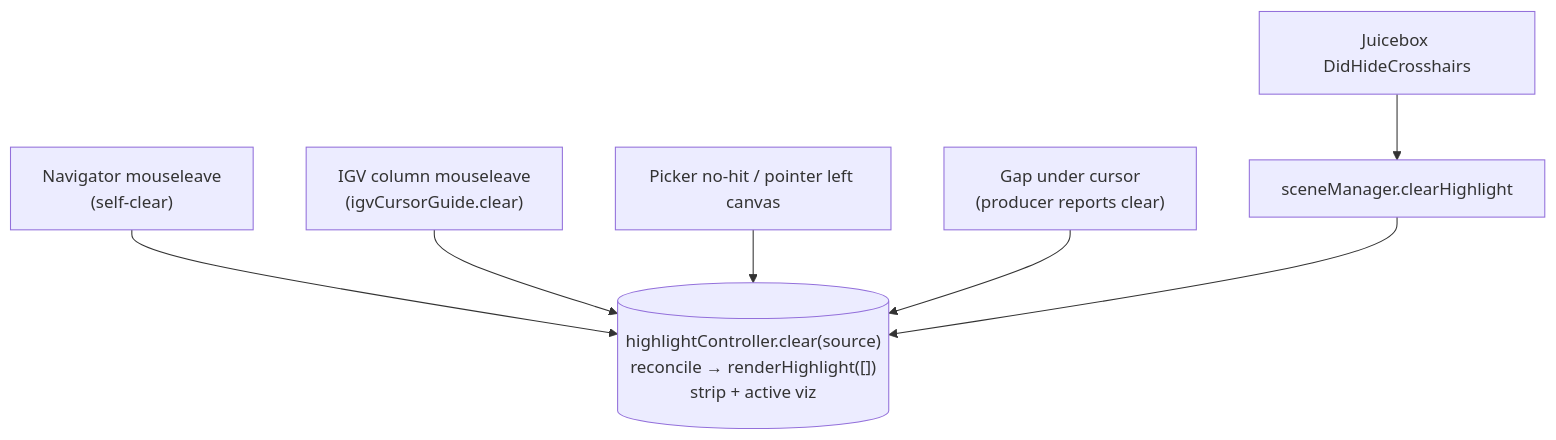
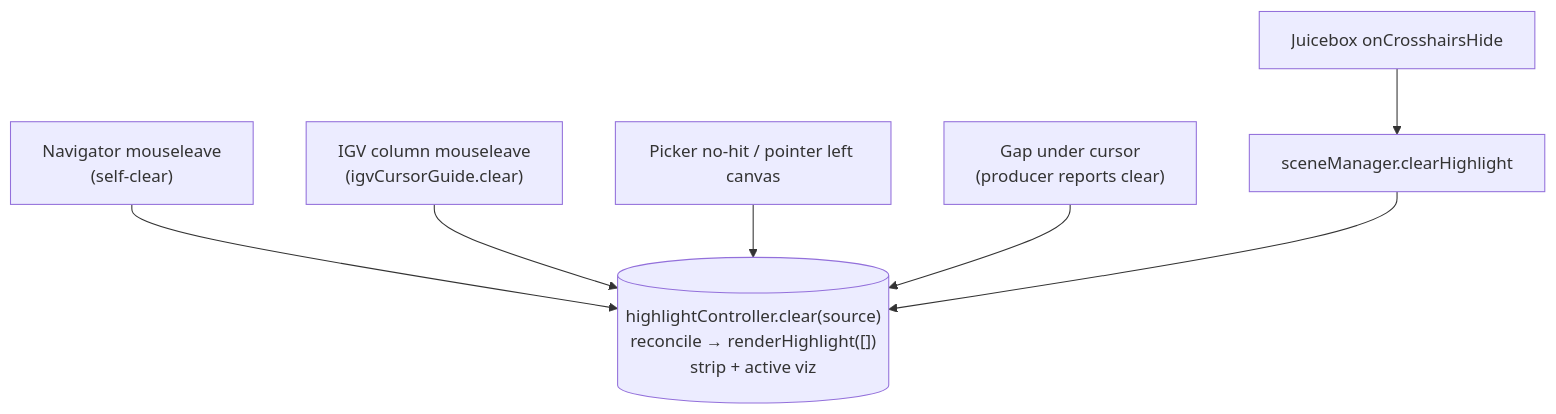
One commit to aidenlab/spacewalk changed the seventh of 7 diagrams in development-notes/highlighting-participant-map.md. Above: the diagram before and after it, drawn with Mermaid. The commit also changed other lines of this file and 7 other files, not shown here.

First line of the commit message:
Drive the 3D highlight from juicebox's crosshair callbacks (#98)

````diff
--- a/development-notes/highlighting-participant-map.md
+++ b/development-notes/highlighting-participant-map.md
@@ -341,10 +345,10 @@
 ```mermaid
 %%{init: {'themeVariables': {'fontSize': '16px', 'fontFamily': 'arial'}}}%%
 flowchart TB
     E1["Navigator mouseleave<br/>(self-clear)"] --> HC
     E2["IGV column mouseleave<br/>(igvCursorGuide.clear)"] --> HC
-    E3["Juicebox DidHideCrosshairs"] --> CH["sceneManager.clearHighlight"]
+    E3["Juicebox onCrosshairsHide"] --> CH["sceneManager.clearHighlight"]
     E4["Picker no-hit / pointer left canvas"] --> HC
     E5["Gap under cursor<br/>(producer reports clear)"] --> HC
     CH --> HC[("highlightController.clear(source)<br/>reconcile → renderHighlight([])<br/>strip + active viz")]
 ```
````
